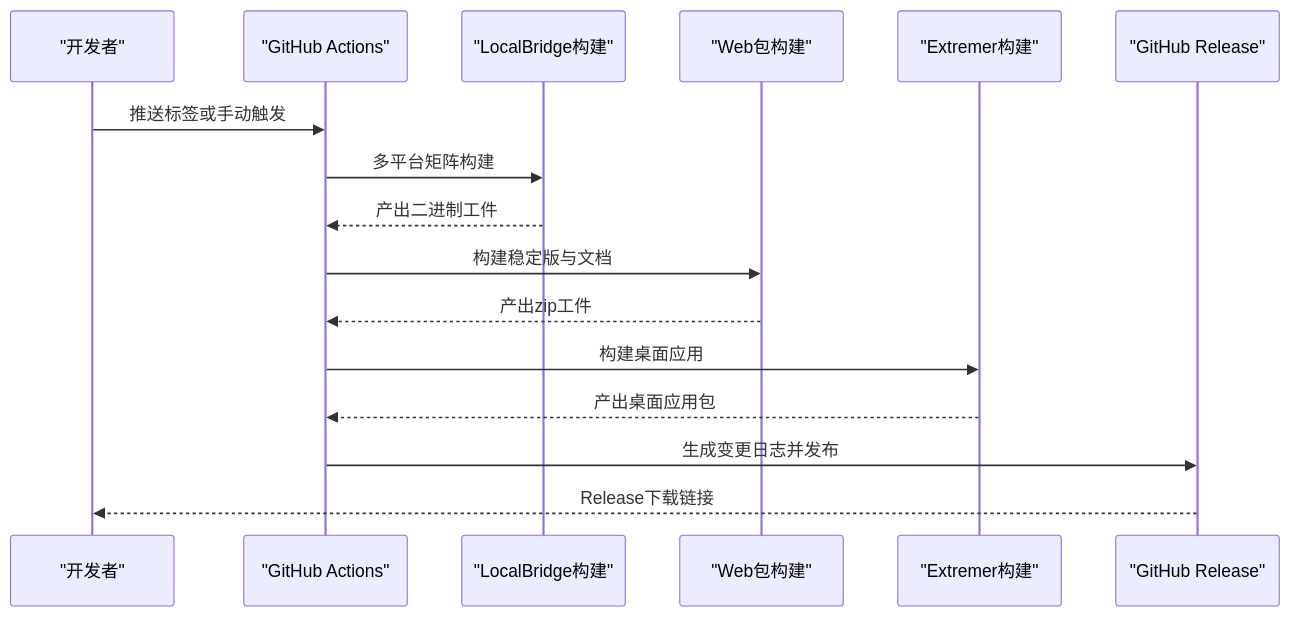
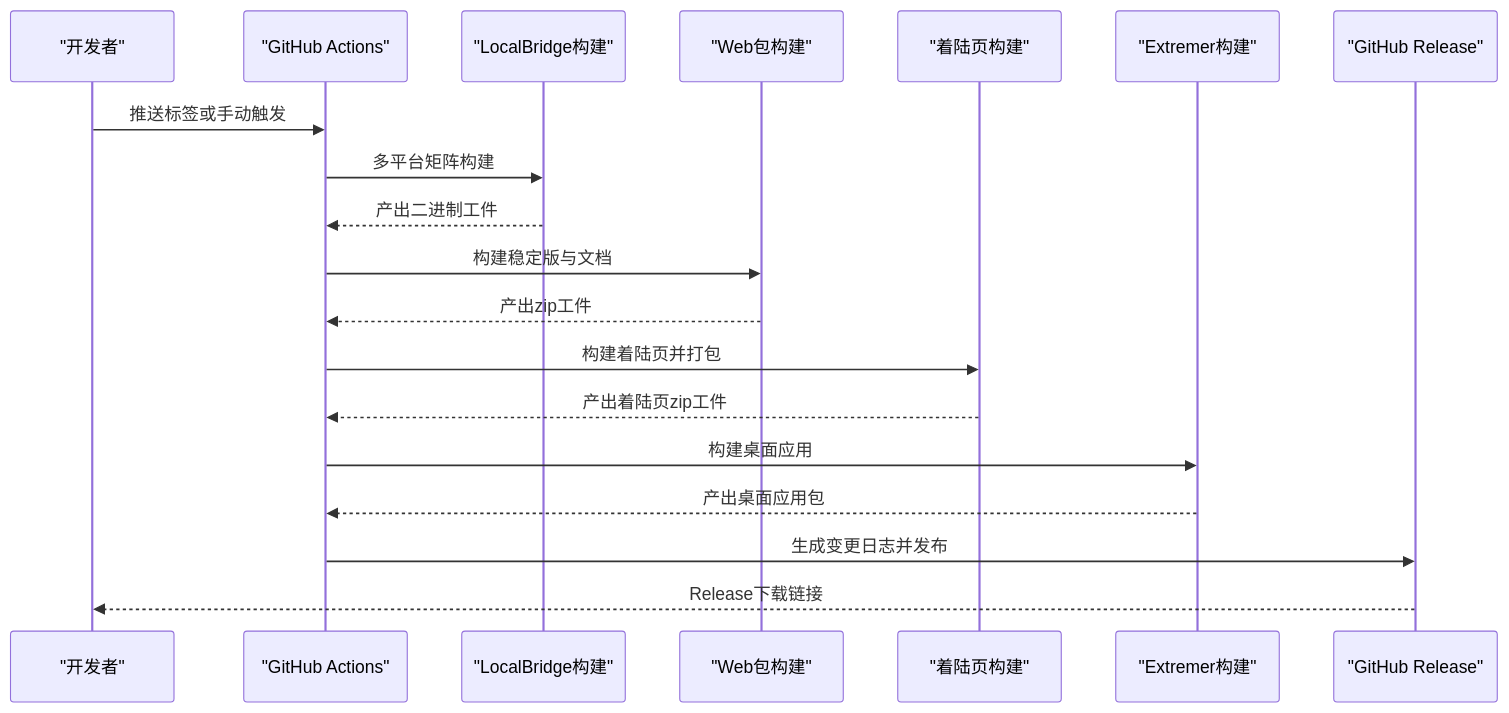
Before and after one commit to kqcoxn/MaaPipelineEditor: the fourth of 8 diagrams in .qoder/repowiki/zh/content/开发者指南/部署与发布/CI_CD流水线配置.md, drawn with Mermaid. The commit also changed other lines of this file and 8 other files, not shown here.

````diff
--- a/.qoder/repowiki/zh/content/开发者指南/部署与发布/CI_CD流水线配置.md
+++ b/.qoder/repowiki/zh/content/开发者指南/部署与发布/CI_CD流水线配置.md
@@ -167,18 +184,21 @@
 ```mermaid
 sequenceDiagram
 participant Dev as "开发者"
 participant GH as "GitHub Actions"
 participant LB as "LocalBridge构建"
 participant WEB as "Web包构建"
+participant LANDING as "着陆页构建"
 participant EXT as "Extremer构建"
 participant REL as "GitHub Release"
 Dev->>GH : 推送标签或手动触发
 GH->>LB : 多平台矩阵构建
 LB-->>GH : 产出二进制工件
 GH->>WEB : 构建稳定版与文档
 WEB-->>GH : 产出zip工件
+GH->>LANDING : 构建着陆页并打包
+LANDING-->>GH : 产出着陆页zip工件
 GH->>EXT : 构建桌面应用
 EXT-->>GH : 产出桌面应用包
 GH->>REL : 生成变更日志并发布
 REL-->>Dev : Release下载链接
 ```
````
